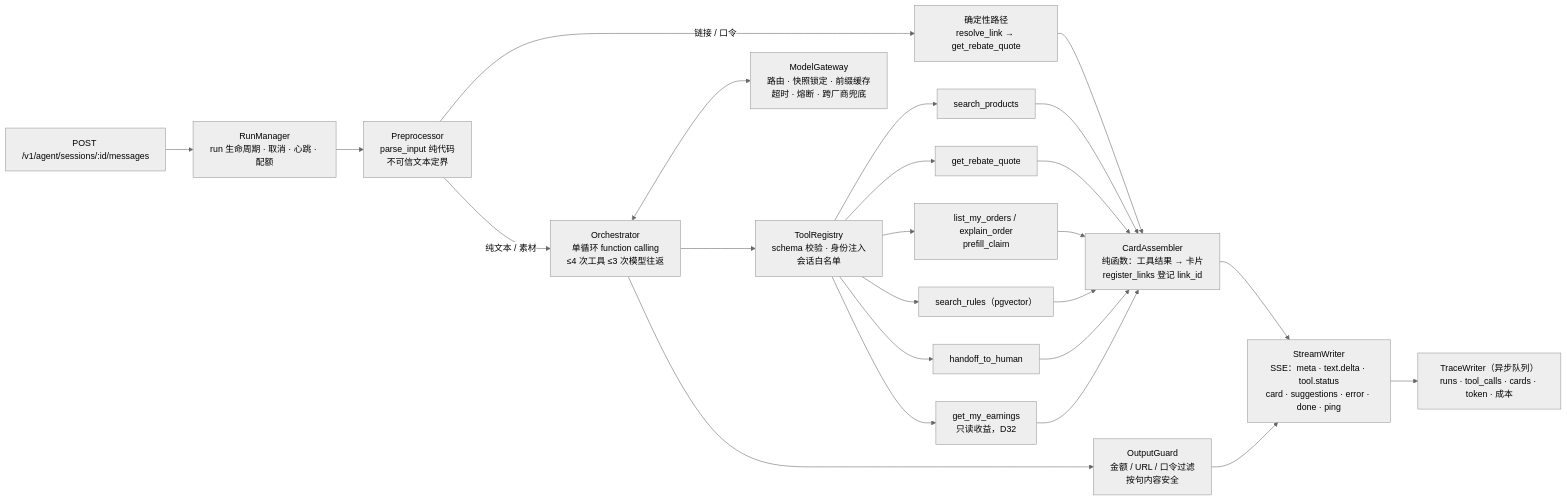
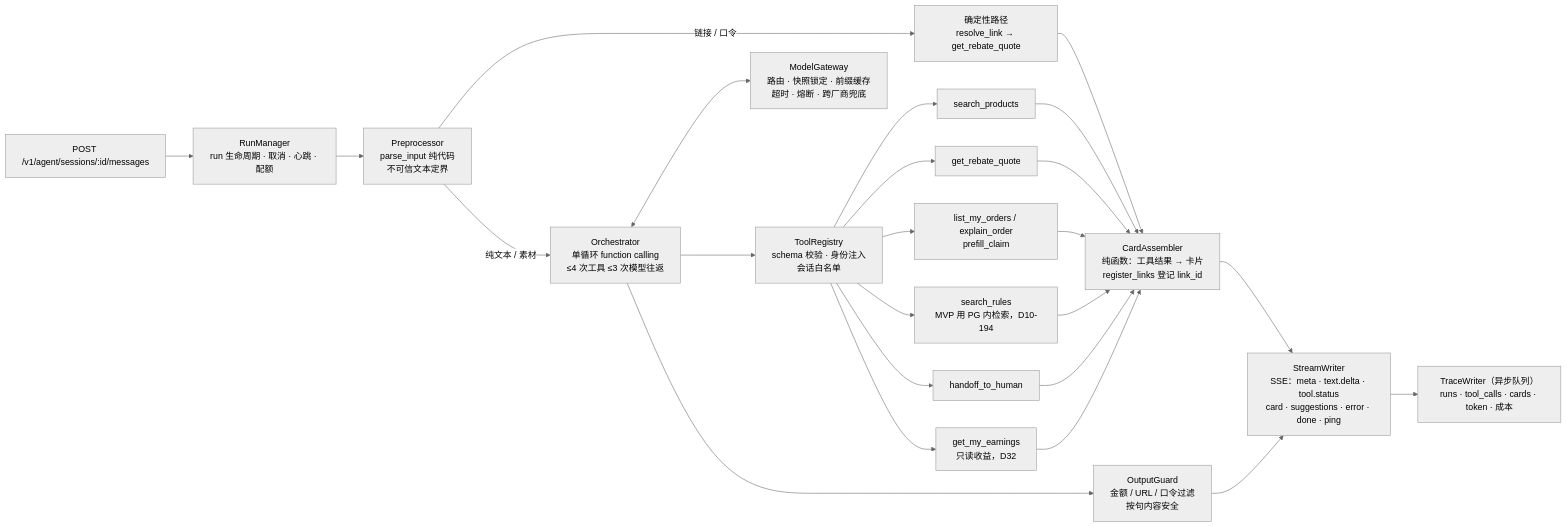
Before and after one commit to zora4523-bot/couli: the fifth of 5 diagrams in 规划/02_系统架构.md, drawn with Mermaid (neutral theme). The commit also changed other lines of this file and 19 other files, not shown here.

````diff
--- a/规划/02_系统架构.md
+++ b/规划/02_系统架构.md
@@ -580,20 +582,20 @@
 ```mermaid
 flowchart LR
   REQ[POST /v1/agent/sessions/:id/messages] --> RM[RunManager<br/>run 生命周期 · 取消 · 心跳 · 配额]
   RM --> PRE[Preprocessor<br/>parse_input 纯代码<br/>不可信文本定界]
   PRE -->|链接 / 口令| DET[确定性路径<br/>resolve_link → get_rebate_quote]
   PRE -->|纯文本 / 素材| ORC[Orchestrator<br/>单循环 function calling<br/>≤4 次工具 ≤3 次模型往返]
   ORC <--> MG[ModelGateway<br/>路由 · 快照锁定 · 前缀缓存<br/>超时 · 熔断 · 跨厂商兜底]
   ORC --> TR[ToolRegistry<br/>schema 校验 · 身份注入<br/>会话白名单]
   TR --> T1[search_products]
   TR --> T2[get_rebate_quote]
   TR --> T3[list_my_orders / explain_order<br/>prefill_claim]
-  TR --> T4[search_rules（pgvector）]
+  TR --> T4[search_rules<br/>MVP 用 PG 内检索，D10-194]
   TR --> T5[handoff_to_human]
   TR --> T6[get_my_earnings<br/>只读收益，D32]
   DET --> CA
   T1 & T2 & T3 & T4 & T5 & T6 --> CA[CardAssembler<br/>纯函数：工具结果 → 卡片<br/>register_links 登记 link_id]
   ORC --> OG[OutputGuard<br/>金额 / URL / 口令过滤<br/>按句内容安全]
   CA & OG --> SW[StreamWriter<br/>SSE：meta · text.delta · tool.status<br/>card · suggestions · error · done · ping]
   SW --> TW[TraceWriter（异步队列）<br/>runs · tool_calls · cards · token · 成本]
 ```
````
